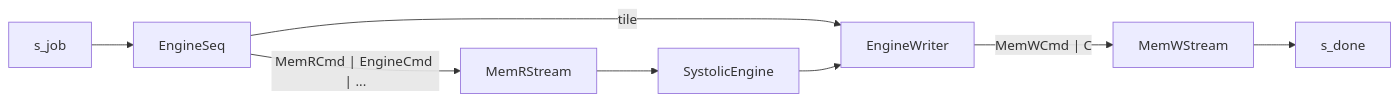
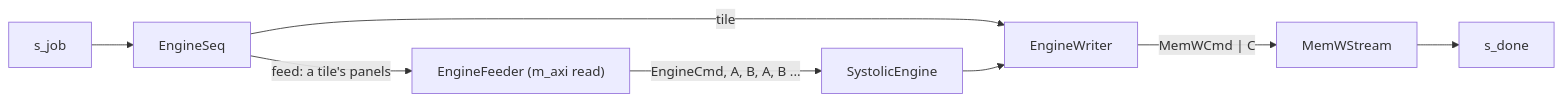
One commit to sdrangan/waveflow changed the second of 2 diagrams in docs/guide/dsp/systolic/engine.md. Above: the diagram before and after it, drawn with Mermaid. The commit also changed other lines of this file and 5 other files, not shown here.

First line of the commit message:
systolic engine: the core's own time (87 cycles) and a feeder of its own (6,655 -> 6,470)

````diff
--- a/docs/guide/dsp/systolic/engine.md
+++ b/docs/guide/dsp/systolic/engine.md
@@ -81,10 +81,10 @@
 ```mermaid
 flowchart LR
     job["s_job"] --> SEQ["EngineSeq"]
-    SEQ -->|"MemRCmd | EngineCmd | ..."| MR["MemRStream"]
-    MR --> ENG["SystolicEngine"]
+    SEQ -->|"feed: a tile's panels"| FD["EngineFeeder (m_axi read)"]
+    FD -->|"EngineCmd, A, B, A, B ..."| ENG["SystolicEngine"]
     SEQ -->|"tile"| WR["EngineWriter"]
     ENG --> WR
     WR -->|"MemWCmd | C"| MW["MemWStream"]
     MW --> done["s_done"]
 ```
````
